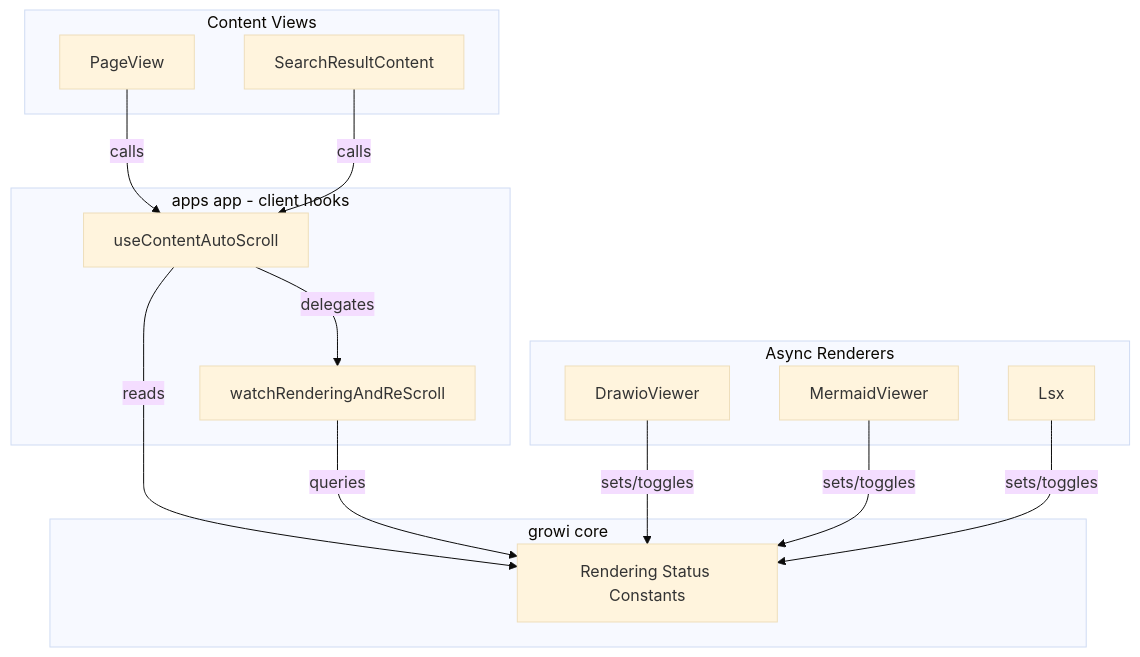
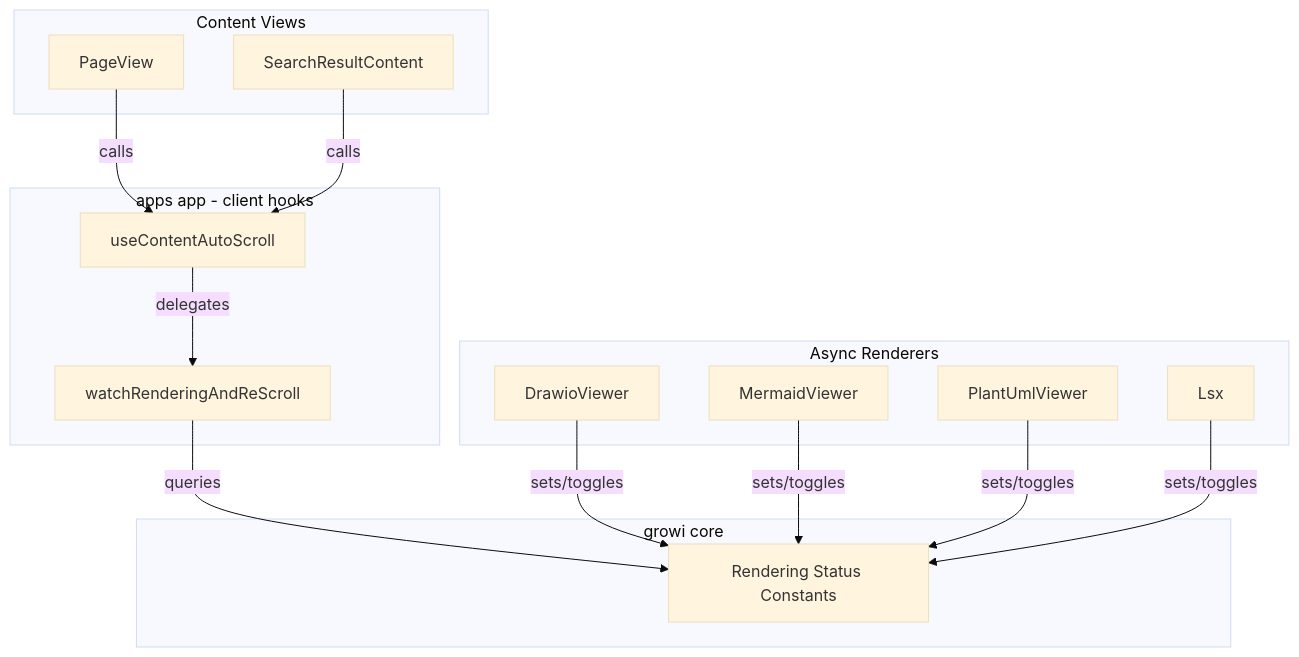
One commit to growilabs/growi changed the first of 2 diagrams in .kiro/specs/auto-scroll/design.md. Above: the diagram before and after it, drawn with Mermaid (base theme). The commit also changed other lines of this file and 2 other files, not shown here.

````diff
--- a/.kiro/specs/auto-scroll/design.md
+++ b/.kiro/specs/auto-scroll/design.md
@@ -37,31 +37,32 @@
 ```mermaid
 graph TB
     subgraph growi_core[growi core]
         CONST[Rendering Status Constants]
     end
 
     subgraph apps_app[apps app - client hooks]
         HOOK[useContentAutoScroll]
         WATCH[watchRenderingAndReScroll]
     end
 
     subgraph page_views[Content Views]
         PV[PageView]
         SRC[SearchResultContent]
     end
 
     subgraph renderers[Async Renderers]
         DV[DrawioViewer]
         MV[MermaidViewer]
+        PUV[PlantUmlViewer]
         LSX[Lsx]
     end
 
     PV -->|calls| HOOK
     SRC -->|calls| HOOK
     HOOK -->|delegates| WATCH
-    HOOK -->|reads| CONST
     WATCH -->|queries| CONST
     DV -->|sets/toggles| CONST
     MV -->|sets/toggles| CONST
+    PUV -->|sets/toggles| CONST
     LSX -->|sets/toggles| CONST
 ```
````
